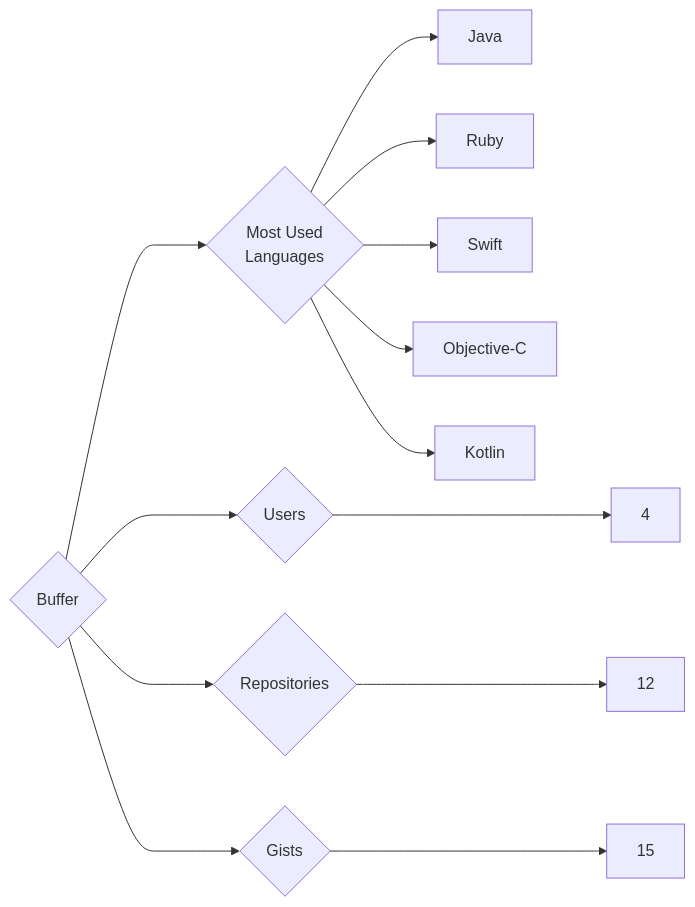
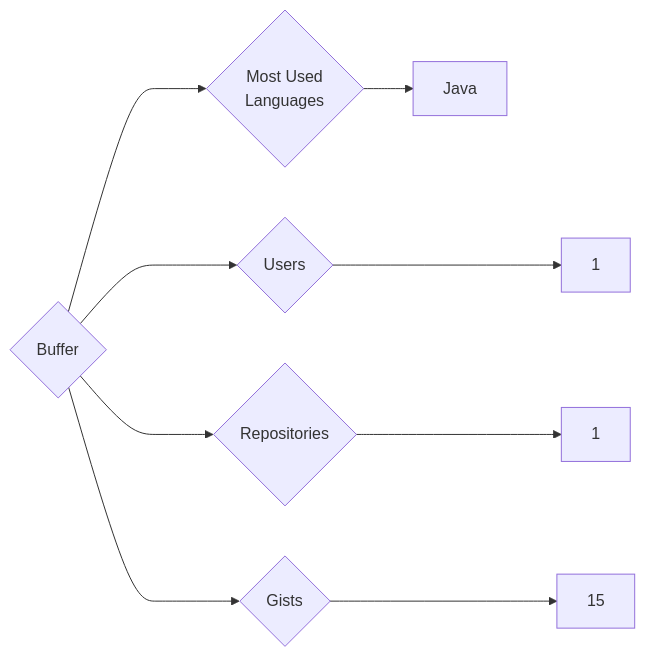
One commit to trickest/insiders changed the diagram in targets/Buffer/README.md. Above: the diagram before and after it, drawn with Mermaid. The commit also changed 776 other files, not shown here.

````diff
--- a/targets/Buffer/README.md
+++ b/targets/Buffer/README.md
@@ -3,13 +3,9 @@
 ```mermaid
 graph LR
 COMPANY_NAME{Buffer}
-COMPANY_NAME ---> U{Users} ---> UN[4]
-COMPANY_NAME ---> R{Repositories} ---> RN[12]
+COMPANY_NAME ---> U{Users} ---> UN[1]
+COMPANY_NAME ---> R{Repositories} ---> RN[1]
 COMPANY_NAME ---> G{Gists} ---> GN[15]
 COMPANY_NAME ---> ML{Most Used<br>Languages}
 ML --> Java[Java]
-ML --> Ruby[Ruby]
-ML --> Swift[Swift]
-ML --> Objective-C[Objective-C]
-ML --> Kotlin[Kotlin]
 ```
````
